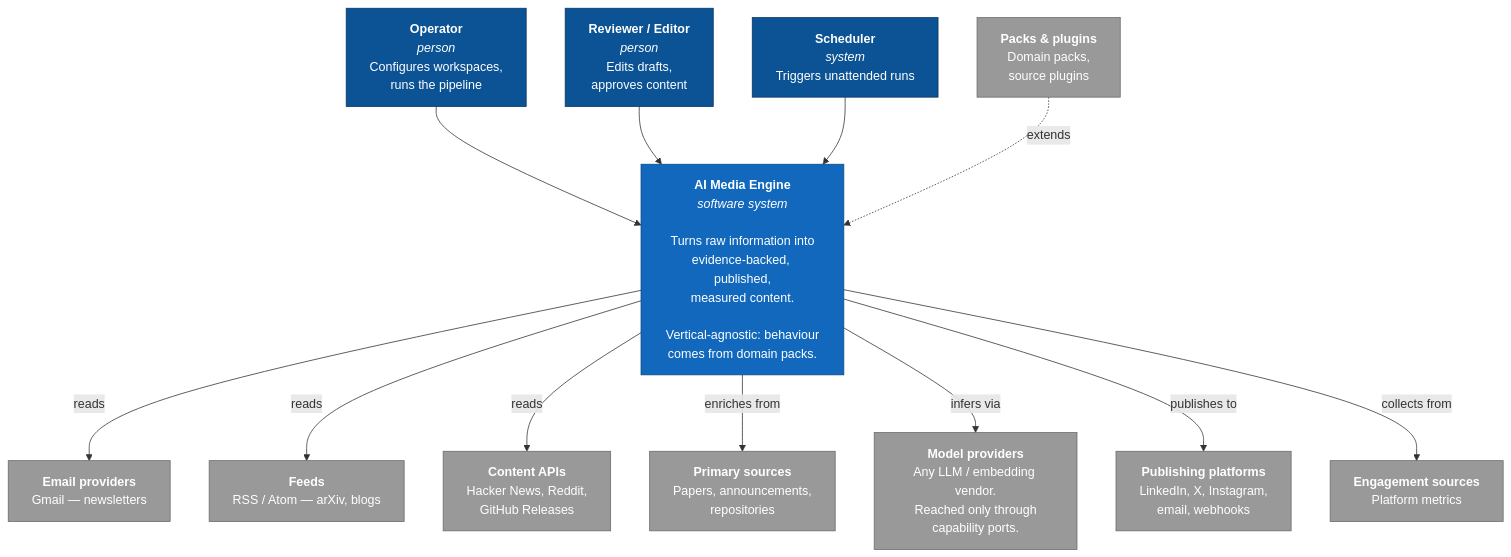
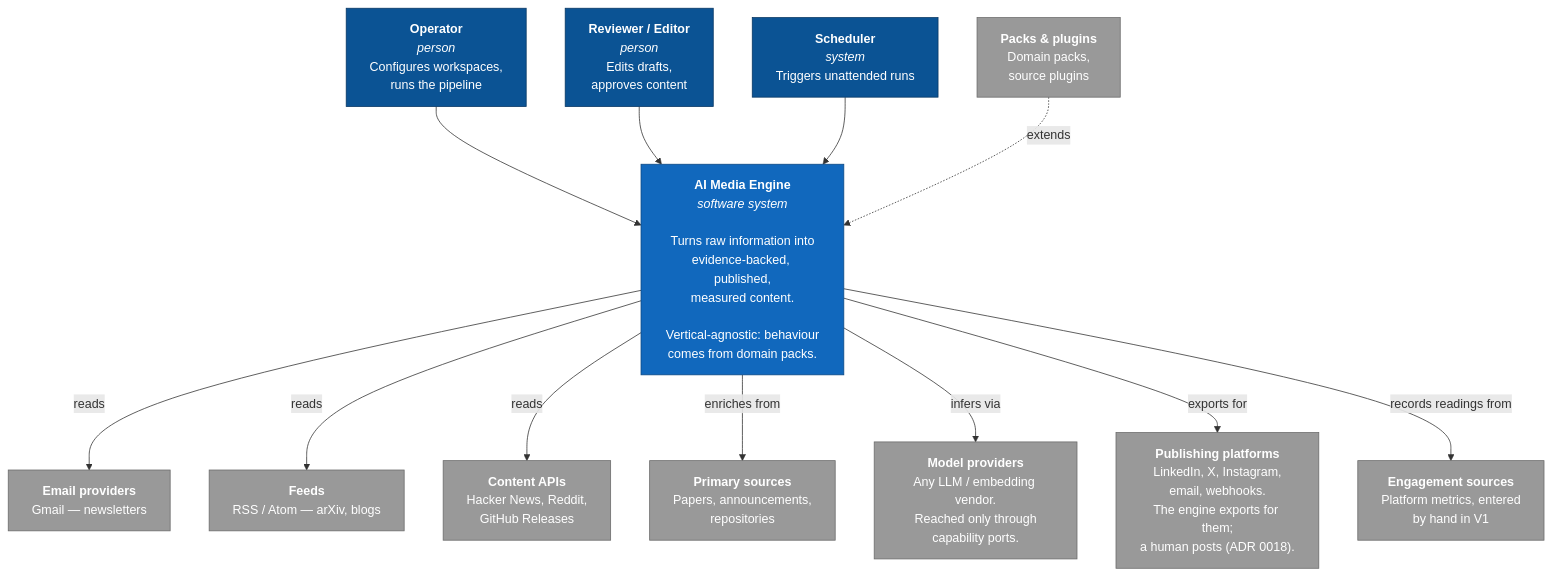
Before and after one commit to basltamr31-glitch/AI-Media-Engine: the first of 6 diagrams in docs/DIAGRAMS.md, drawn with Mermaid. The commit also changed other lines of this file and 37 other files, not shown here.

````diff
--- a/docs/DIAGRAMS.md
+++ b/docs/DIAGRAMS.md
@@ -19,40 +19,40 @@
 ```mermaid
 graph TB
     operator["<b>Operator</b><br/><i>person</i><br/>Configures workspaces,<br/>runs the pipeline"]
     reviewer["<b>Reviewer / Editor</b><br/><i>person</i><br/>Edits drafts,<br/>approves content"]
     scheduler["<b>Scheduler</b><br/><i>system</i><br/>Triggers unattended runs"]
 
     engine["<b>AI Media Engine</b><br/><i>software system</i><br/><br/>Turns raw information into<br/>evidence-backed, published,<br/>measured content.<br/><br/>Vertical-agnostic: behaviour<br/>comes from domain packs."]
 
     email["<b>Email providers</b><br/>Gmail — newsletters"]
     feeds["<b>Feeds</b><br/>RSS / Atom — arXiv, blogs"]
     apis["<b>Content APIs</b><br/>Hacker News, Reddit,<br/>GitHub Releases"]
     web["<b>Primary sources</b><br/>Papers, announcements,<br/>repositories"]
 
     models["<b>Model providers</b><br/>Any LLM / embedding vendor.<br/>Reached only through<br/>capability ports."]
 
-    channels["<b>Publishing platforms</b><br/>LinkedIn, X, Instagram,<br/>email, webhooks"]
-    analytics["<b>Engagement sources</b><br/>Platform metrics"]
+    channels["<b>Publishing platforms</b><br/>LinkedIn, X, Instagram,<br/>email, webhooks.<br/>The engine exports for them;<br/>a human posts (ADR 0018)."]
+    analytics["<b>Engagement sources</b><br/>Platform metrics, entered<br/>by hand in V1"]
 
     packs["<b>Packs &amp; plugins</b><br/>Domain packs,<br/>source plugins"]
 
     operator --> engine
     reviewer --> engine
     scheduler --> engine
 
     engine -->|reads| email
     engine -->|reads| feeds
     engine -->|reads| apis
     engine -->|enriches from| web
     engine -->|infers via| models
-    engine -->|publishes to| channels
-    engine -->|collects from| analytics
+    engine -->|exports for| channels
+    engine -->|records readings from| analytics
     packs -.->|extends| engine
 
     classDef person fill:#0b5394,stroke:#073763,color:#fff
     classDef system fill:#1168bd,stroke:#0b4884,color:#fff
     classDef external fill:#999,stroke:#6b6b6b,color:#fff
     class operator,reviewer,scheduler person
     class engine system
     class email,feeds,apis,web,models,channels,analytics,packs external
 ```
````
